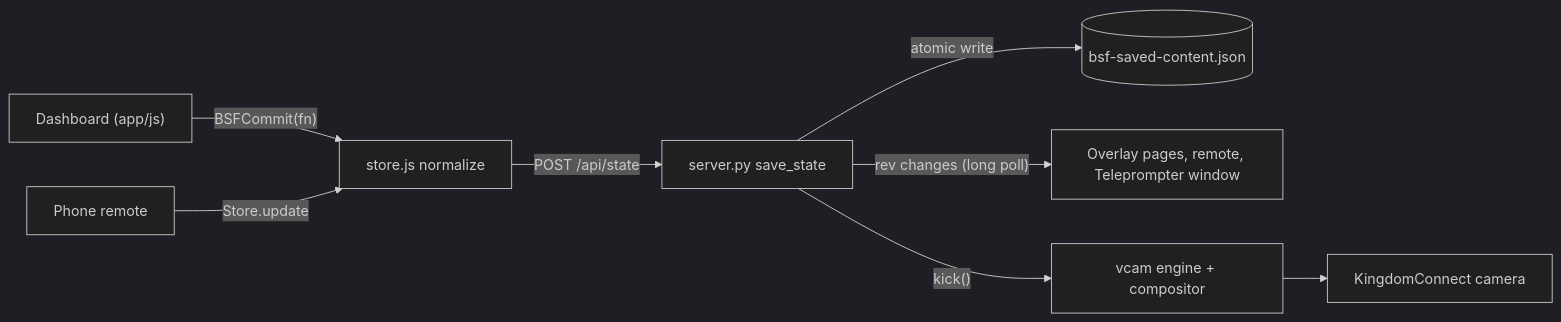
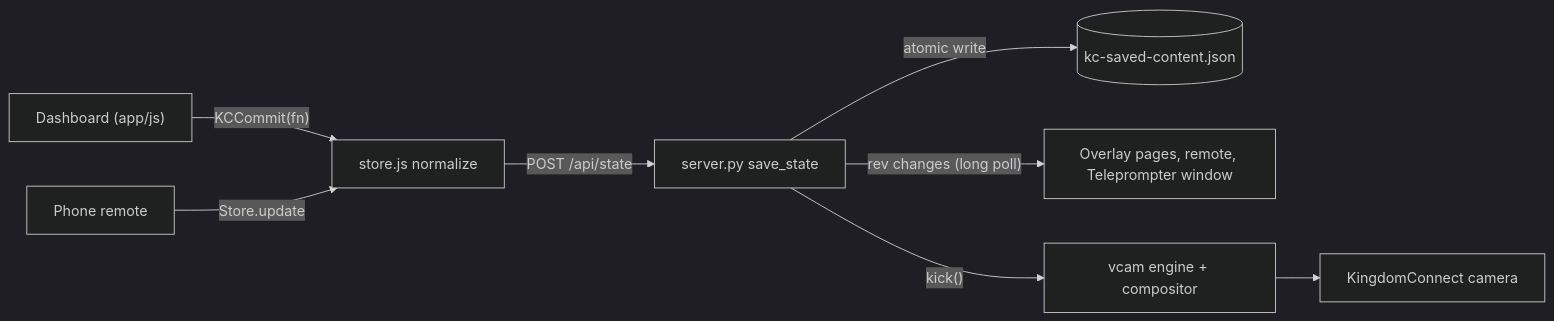
One commit to mshobin/FrameDecks changed the diagram in docs/contributing.md. Above: the diagram before and after it, drawn with Mermaid (dark theme). The commit also changed other lines of this file and 29 other files, not shown here.

````diff
--- a/docs/contributing.md
+++ b/docs/contributing.md
@@ -111,10 +111,10 @@
 ```mermaid
 flowchart LR
-  UI["Dashboard (app/js)"] -- "BSFCommit(fn)" --> Store["store.js normalize"]
+  UI["Dashboard (app/js)"] -- "KCCommit(fn)" --> Store["store.js normalize"]
   Remote["Phone remote"] -- "Store.update" --> Store
   Store -- "POST /api/state" --> Server["server.py save_state"]
-  Server -- "atomic write" --> File[("bsf-saved-content.json")]
+  Server -- "atomic write" --> File[("kc-saved-content.json")]
   Server -- "rev changes (long poll)" --> Pages["Overlay pages, remote, Teleprompter window"]
   Server -- "kick()" --> Engine["vcam engine + compositor"]
   Engine --> Cam["KingdomConnect camera"]
 ```
````
